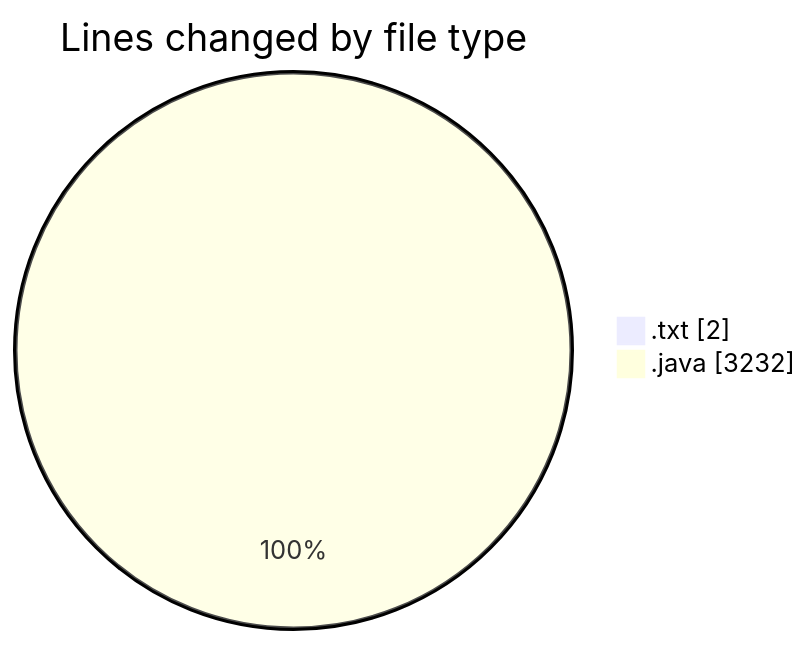
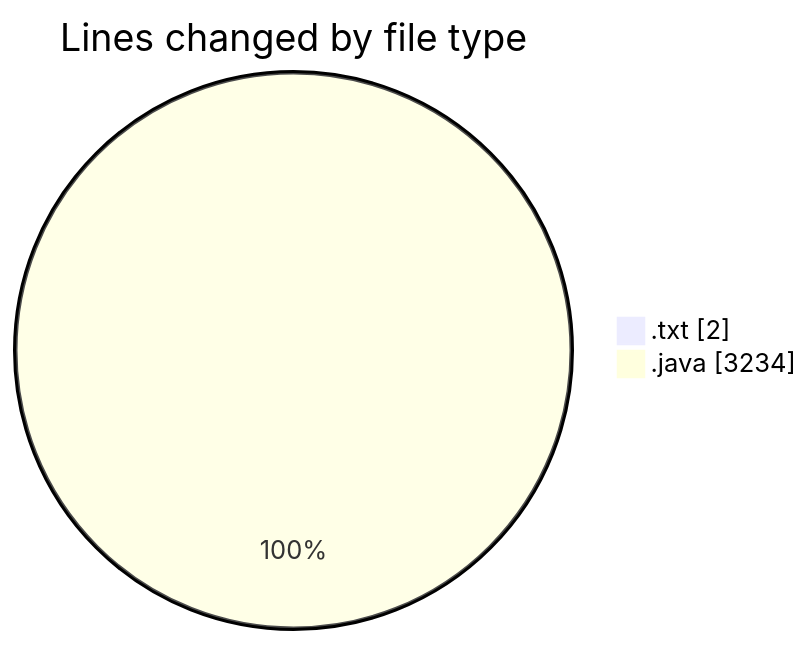
The first of 2 diagrams in 2026-07-07/cilapp/README.md (ricardozamudiocil/code-tracking), drawn with Mermaid before and after one commit. The commit also changed other lines of this file and 1 other file, not shown here.

````diff
--- a/2026-07-07/cilapp/README.md
+++ b/2026-07-07/cilapp/README.md
@@ -21,6 +21,6 @@
 ```mermaid
 pie showData
 title Lines changed by file type
 ".txt" : 2
-".java" : 3232
+".java" : 3234
 ```
````
